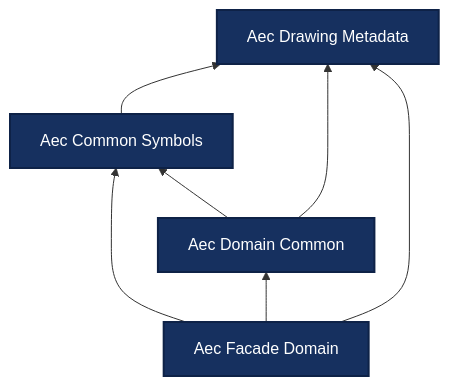
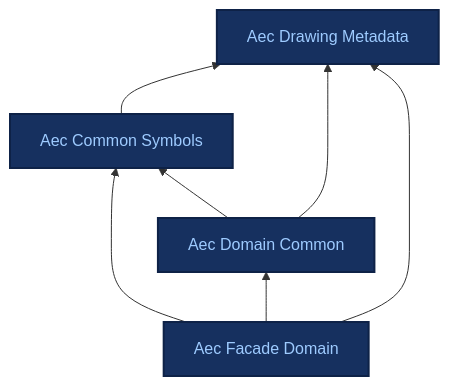
The diagram in docs/ontologies/index.md (BuroHappoldMachineLearning/ADIRO), drawn with Mermaid before and after one commit. The commit also changed 6 other files, not shown here.

First line of the commit message:
docs: legible diagram node text (light blue on navy, navy on orange)

````diff
--- a/docs/ontologies/index.md
+++ b/docs/ontologies/index.md
@@ -9,15 +9,15 @@
 ```mermaid
 graph BT
     aec_drawing_metadata["Aec Drawing Metadata"]
     aec_common_symbols["Aec Common Symbols"]
     aec_domain_common["Aec Domain Common"]
     aec_facade_domain["Aec Facade Domain"]
     aec_common_symbols --> aec_drawing_metadata
     aec_domain_common --> aec_common_symbols
     aec_domain_common --> aec_drawing_metadata
     aec_facade_domain --> aec_common_symbols
     aec_facade_domain --> aec_domain_common
     aec_facade_domain --> aec_drawing_metadata
-    classDef base fill:#16305f,stroke:#0e2247,stroke-width:2px,color:#ffffff;
+    classDef base fill:#16305f,stroke:#0e2247,stroke-width:2px,color:#9ecbff;
     class aec_drawing_metadata,aec_common_symbols,aec_domain_common,aec_facade_domain base;
 ```
````
